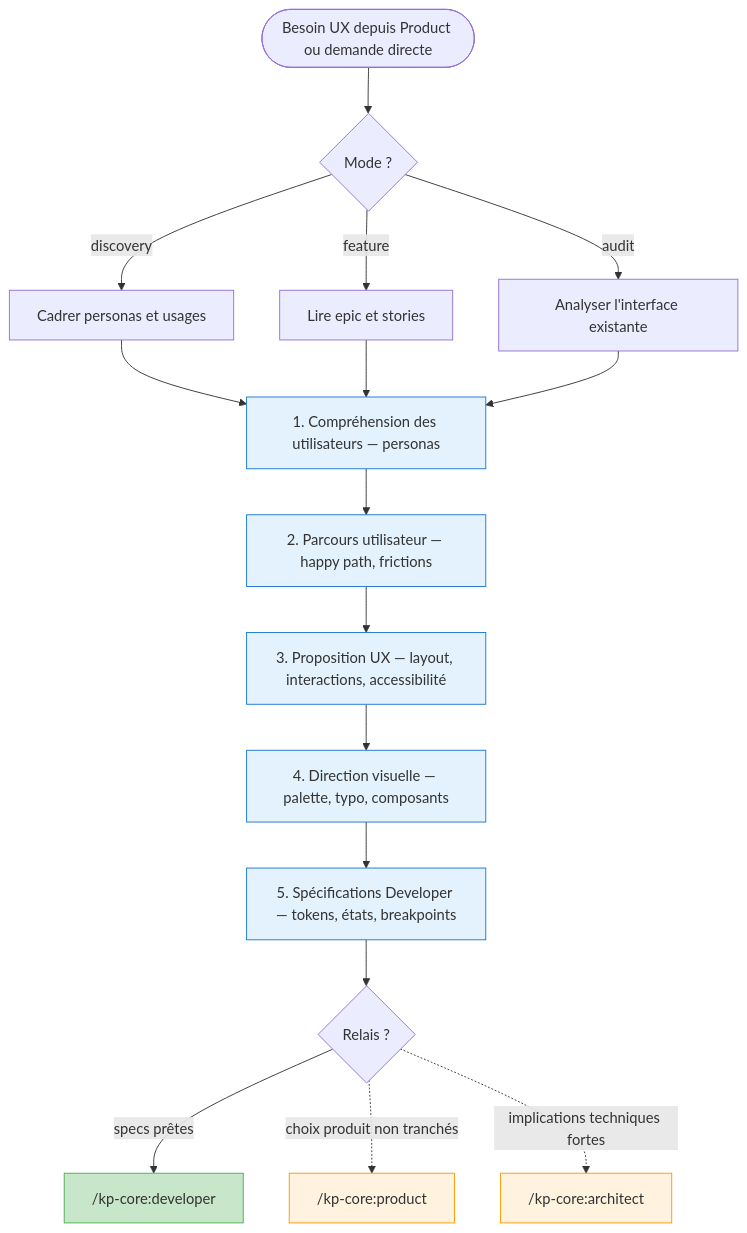
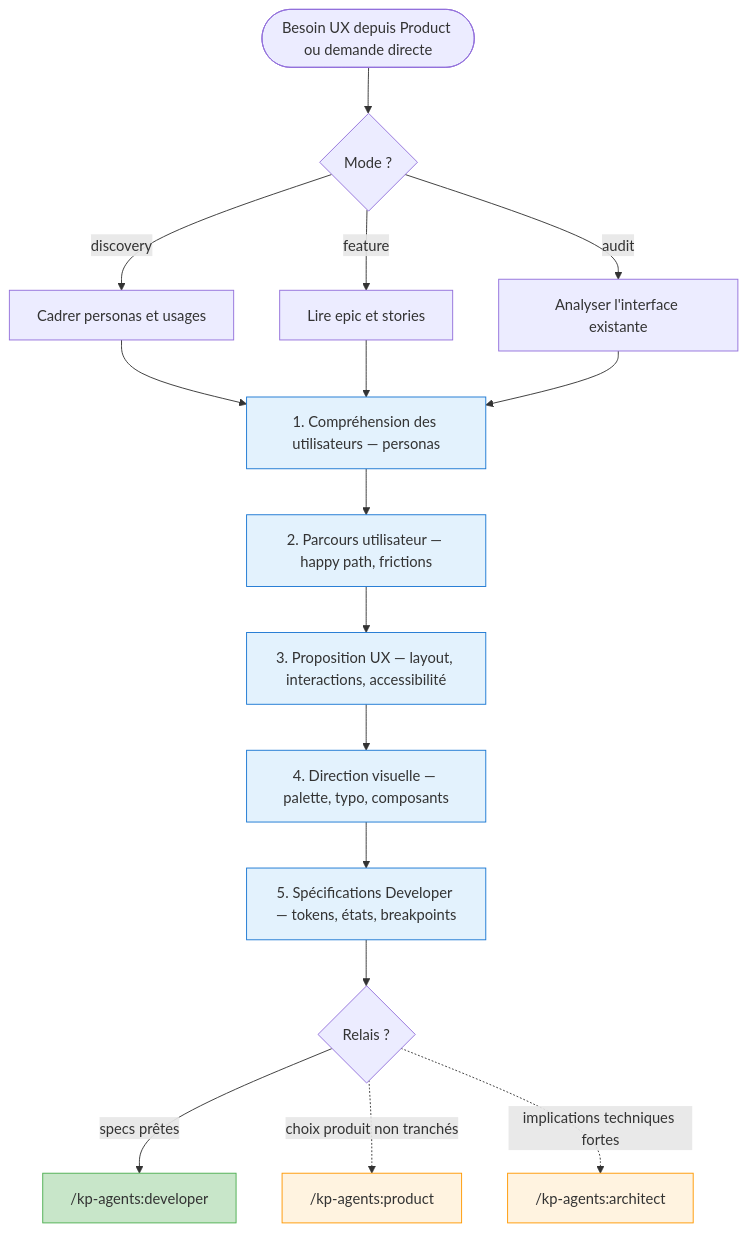
One commit to KeyProd/kp-agents changed the eighth of 8 diagrams in docs/agents.md. Above: the diagram before and after it, drawn with Mermaid. The commit also changed other lines of this file and 22 other files, not shown here.

First line of the commit message:
feat(S-0003): release kp-agents-v0.1.0 (rename kp-core -> kp-agents + bump)

````diff
--- a/docs/agents.md
+++ b/docs/agents.md
@@ -371,39 +371,39 @@
 ```mermaid
 flowchart TD
     START([Besoin UX depuis Product ou demande directe]) --> MODE{Mode ?}
     MODE -->|discovery| QUESTIONS[Cadrer personas et usages]
     MODE -->|feature| READ_EPIC[Lire epic et stories]
     MODE -->|audit| ANALYSE_UI[Analyser l'interface existante]
     QUESTIONS --> USERS
     READ_EPIC --> USERS
     ANALYSE_UI --> USERS
 
     USERS[1. Compréhension des utilisateurs — personas]
     USERS --> PARCOURS
 
     PARCOURS[2. Parcours utilisateur — happy path, frictions]
     PARCOURS --> UX
 
     UX[3. Proposition UX — layout, interactions, accessibilité]
     UX --> VISUAL
 
     VISUAL[4. Direction visuelle — palette, typo, composants]
     VISUAL --> SPECS
 
     SPECS[5. Spécifications Developer — tokens, états, breakpoints]
     SPECS --> OUT
 
     OUT{Relais ?}
-    OUT -->|specs prêtes| DEV["/kp-core:developer"]
-    OUT -.->|choix produit non tranchés| PRODUCT["/kp-core:product"]
-    OUT -.->|implications techniques fortes| ARCHITECT["/kp-core:architect"]
+    OUT -->|specs prêtes| DEV["/kp-agents:developer"]
+    OUT -.->|choix produit non tranchés| PRODUCT["/kp-agents:product"]
+    OUT -.->|implications techniques fortes| ARCHITECT["/kp-agents:architect"]
 
     style USERS fill:#e3f2fd,stroke:#1976D2
     style PARCOURS fill:#e3f2fd,stroke:#1976D2
     style UX fill:#e3f2fd,stroke:#1976D2
     style VISUAL fill:#e3f2fd,stroke:#1976D2
     style SPECS fill:#e3f2fd,stroke:#1976D2
     style DEV fill:#c8e6c9,stroke:#4CAF50
     style PRODUCT fill:#fff3e0,stroke:#FF9800
     style ARCHITECT fill:#fff3e0,stroke:#FF9800
 ```
````
